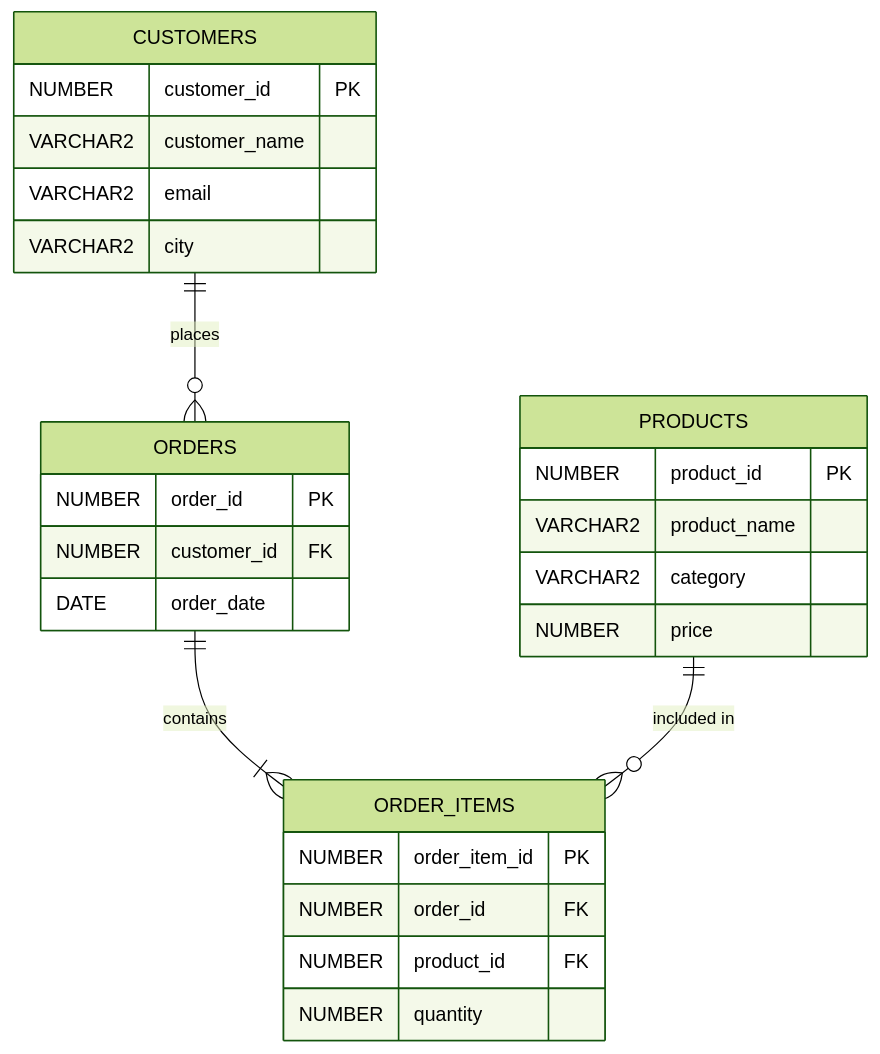
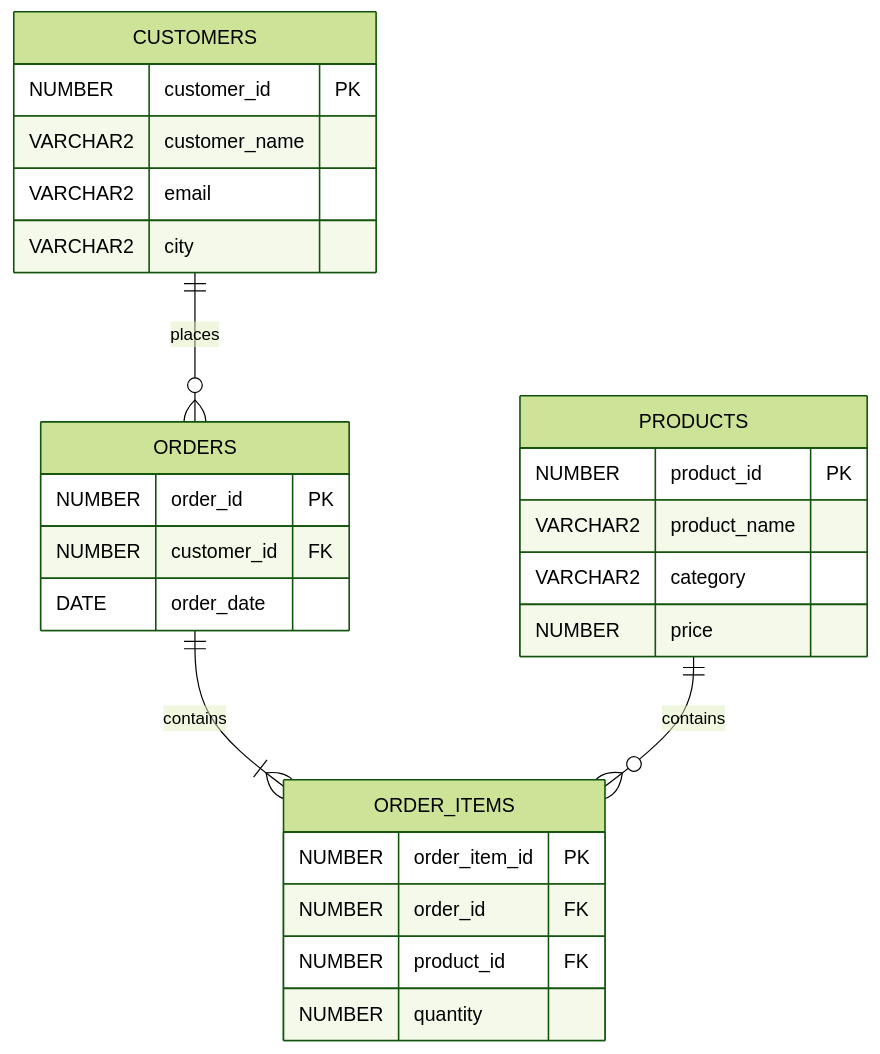
Before and after one commit to Feliciencalyx/assignment_1_felicien-20251sen197: the diagram in README.md, drawn with Mermaid (forest theme). The commit also changed other lines of this file and 9 other files, not shown here.

````diff
--- a/README.md
+++ b/README.md
@@ -50,29 +53,29 @@
 ```mermaid
 erDiagram
     CUSTOMERS ||--o{ ORDERS : places
     CUSTOMERS {
         NUMBER customer_id PK
         VARCHAR2 customer_name
         VARCHAR2 email
         VARCHAR2 city
     }
     ORDERS ||--|{ ORDER_ITEMS : contains
     ORDERS {
         NUMBER order_id PK
         NUMBER customer_id FK
         DATE order_date
     }
-    PRODUCTS ||--o{ ORDER_ITEMS : "included in"
+    PRODUCTS ||--o{ ORDER_ITEMS : contains
     PRODUCTS {
         NUMBER product_id PK
         VARCHAR2 product_name
         VARCHAR2 category
         NUMBER price
     }
     ORDER_ITEMS {
         NUMBER order_item_id PK
         NUMBER order_id FK
         NUMBER product_id FK
         NUMBER quantity
     }
 ```
````
